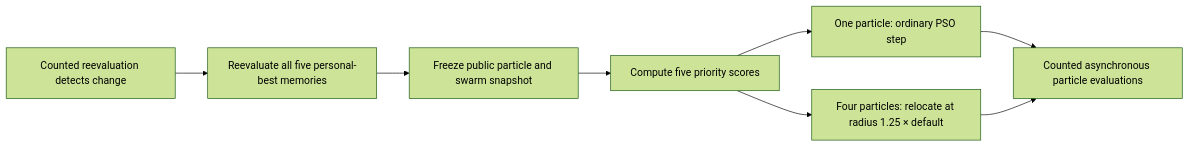
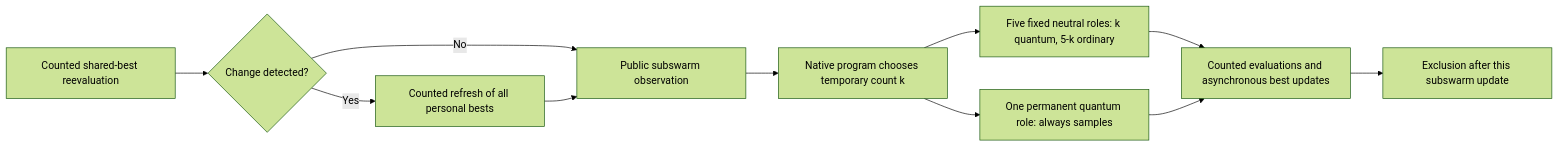
Before and after one commit to ReloadLightly/shinka-adaptive-swarms: the diagram in README.md, drawn with Mermaid (forest theme). The commit also changed other lines of this file and 438 other files, not shown here.

````diff
--- a/README.md
+++ b/README.md
@@ -136,10 +149,13 @@
 ```mermaid
 flowchart LR
-    D[Counted reevaluation detects change] --> M[Reevaluate all five personal-best memories]
-    M --> S[Freeze public particle and swarm snapshot]
-    S --> P[Compute five priority scores]
-    P --> O[One particle: ordinary PSO step]
-    P --> R[Four particles: relocate at radius 1.25 × default]
-    O --> E[Counted asynchronous particle evaluations]
-    R --> E
+    C[Counted shared-best reevaluation] --> D{Change detected?}
+    D -->|Yes| R[Counted refresh of all personal bests]
+    D -->|No| O[Public subswarm observation]
+    R --> O
+    O --> K[Native program chooses temporary count k]
+    K --> N[Five fixed neutral roles: k quantum, 5-k ordinary]
+    K --> Q[One permanent quantum role: always samples]
+    N --> B[Counted evaluations and asynchronous best updates]
+    Q --> B
+    B --> E[Exclusion after this subswarm update]
 ```
````
